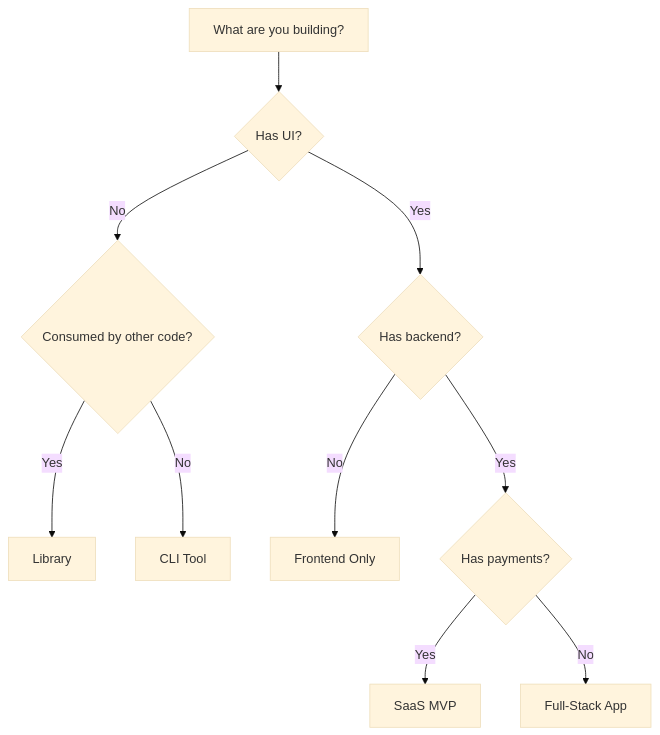
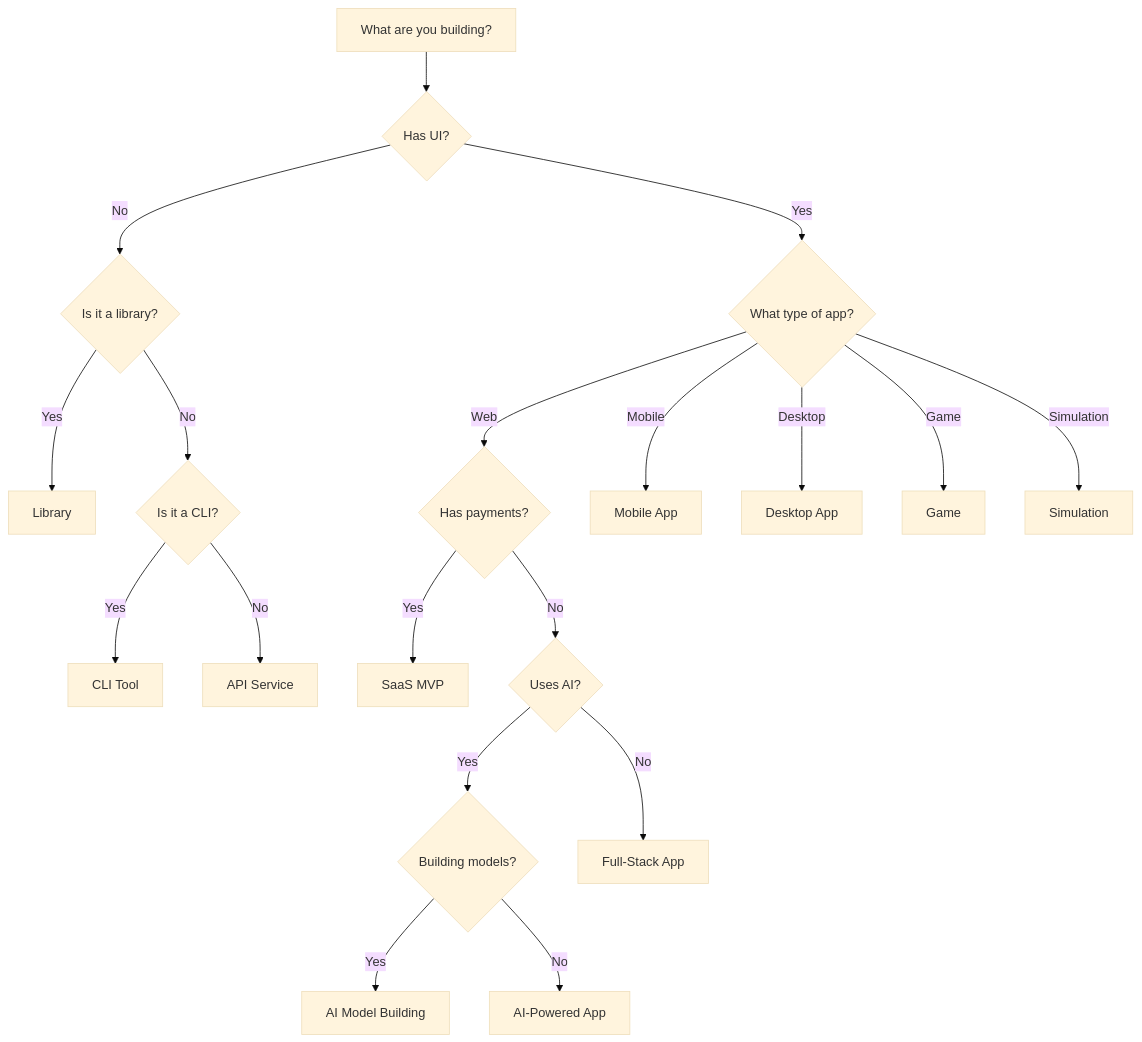
The diagram in docs/autonomous/archetypes.mdx (doanchienthangdev/omgkit), drawn with Mermaid (base theme) before and after one commit. The commit also changed other lines of this file and 13 other files, not shown here.

````diff
--- a/docs/autonomous/archetypes.mdx
+++ b/docs/autonomous/archetypes.mdx
@@ -204,12 +530,21 @@
 ```mermaid
 graph TD
     A[What are you building?] --> B{Has UI?}
-    B -->|No| C{Consumed by other code?}
-    B -->|Yes| D{Has backend?}
+    B -->|No| C{Is it a library?}
+    B -->|Yes| D{What type of app?}
     C -->|Yes| E[Library]
-    C -->|No| F[CLI Tool]
-    D -->|No| G[Frontend Only]
-    D -->|Yes| H{Has payments?}
-    H -->|Yes| I[SaaS MVP]
-    H -->|No| J[Full-Stack App]
+    C -->|No| F{Is it a CLI?}
+    F -->|Yes| G[CLI Tool]
+    F -->|No| H[API Service]
+    D -->|Web| I{Has payments?}
+    D -->|Mobile| J[Mobile App]
+    D -->|Desktop| K[Desktop App]
+    D -->|Game| L[Game]
+    D -->|Simulation| M[Simulation]
+    I -->|Yes| N[SaaS MVP]
+    I -->|No| O{Uses AI?}
+    O -->|Yes| P{Building models?}
+    O -->|No| Q[Full-Stack App]
+    P -->|Yes| R[AI Model Building]
+    P -->|No| S[AI-Powered App]
 ```
````
